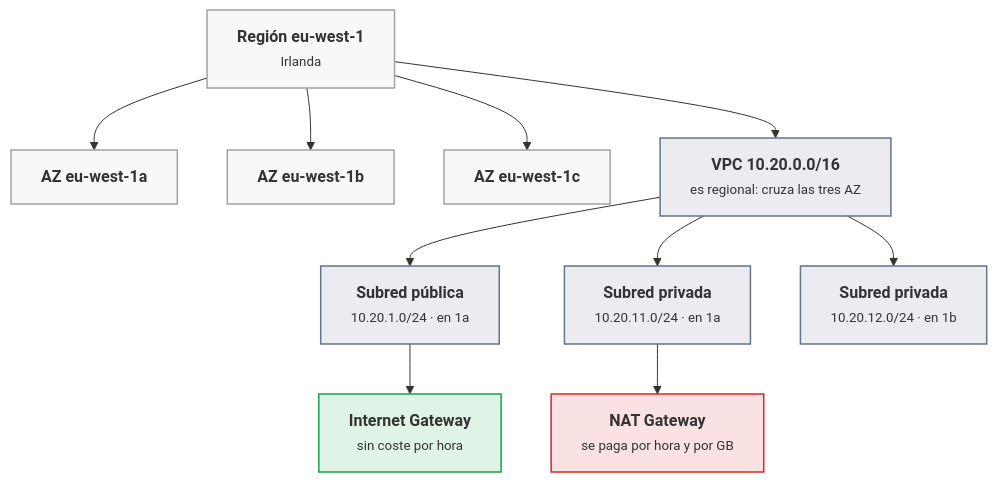
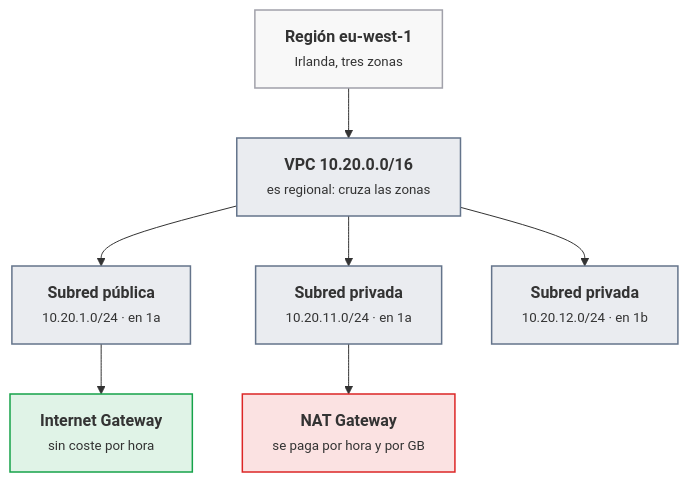
One commit to victor-educ/apuntes-5166 changed the second of 4 diagrams in docs/ut/ut4-nube-publica.md. Above: the diagram before and after it, drawn with Mermaid. The commit also changed other lines of this file and 5 other files, not shown here.

````diff
--- a/docs/ut/ut4-nube-publica.md
+++ b/docs/ut/ut4-nube-publica.md
@@ -80,24 +75,18 @@
 ```mermaid
 flowchart TD
-    R["<b>Región eu-west-1</b><br><small>Irlanda</small>"]:::infra
-    AZA["<b>AZ eu-west-1a</b>"]:::infra
-    AZB["<b>AZ eu-west-1b</b>"]:::infra
-    AZC["<b>AZ eu-west-1c</b>"]:::infra
-    VPC["<b>VPC 10.20.0.0/16</b><br><small>es regional: cruza las tres AZ</small>"]:::pieza
+    R["<b>Región eu-west-1</b><br><small>Irlanda, tres zonas</small>"]:::infra
+    VPC["<b>VPC 10.20.0.0/16</b><br><small>es regional: cruza las zonas</small>"]:::pieza
     S1["<b>Subred pública</b><br><small>10.20.1.0/24 · en 1a</small>"]:::pieza
     S2["<b>Subred privada</b><br><small>10.20.11.0/24 · en 1a</small>"]:::pieza
     S3["<b>Subred privada</b><br><small>10.20.12.0/24 · en 1b</small>"]:::pieza
     IGW["<b>Internet Gateway</b><br><small>sin coste por hora</small>"]:::ok
     NAT["<b>NAT Gateway</b><br><small>se paga por hora y por GB</small>"]:::riesgo
-    R --> AZA & AZB & AZC
     R --> VPC
     VPC --> S1 & S2 & S3
     S1 --> IGW
     S2 --> NAT
-    classDef act fill:#ea580c22,stroke:#ea580c,stroke-width:1.5px
     classDef pieza fill:#64748b22,stroke:#64748b,stroke-width:1.5px
-    classDef dato fill:#2563eb22,stroke:#2563eb,stroke-width:1.5px
     classDef infra fill:#a1a1aa14,stroke:#a1a1aa,stroke-width:1.5px
     classDef ok fill:#16a34a22,stroke:#16a34a,stroke-width:1.5px
     classDef riesgo fill:#dc262622,stroke:#dc2626,stroke-width:1.5px
 ```
````
